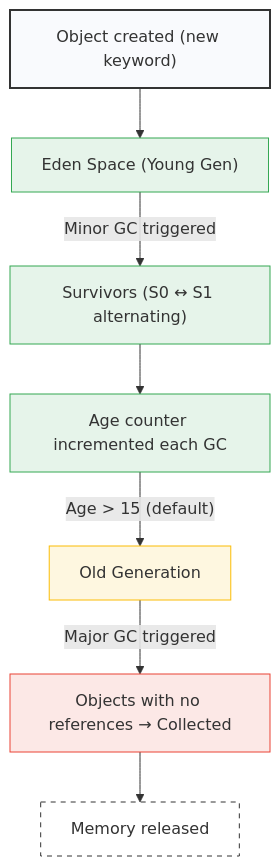
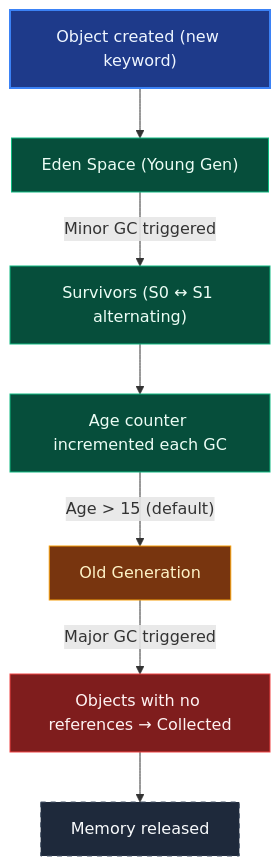
The fourth of 12 diagrams in Java_jdbc_hibernate_SpringBoot/analysis/Java_Analysis.md (SaiTeja301/My_Interview_Preparation), drawn with Mermaid before and after one commit. The commit also changed other lines of this file, not shown here.

Commit message:
style(mermaid): enhance all diagrams for light and dark mode compatibility

````diff
--- a/Java_jdbc_hibernate_SpringBoot/analysis/Java_Analysis.md
+++ b/Java_jdbc_hibernate_SpringBoot/analysis/Java_Analysis.md
@@ -164,17 +184,22 @@
 ```mermaid
 graph TD
     A["Object created (new keyword)"] --> B["Eden Space (Young Gen)"]
     B -->|"Minor GC triggered"| C["Survivors (S0 ↔ S1 alternating)"]
     C --> D["Age counter incremented each GC"]
     D -->|"Age > 15 (default)"| E["Old Generation"]
     E -->|"Major GC triggered"| F["Objects with no references → Collected"]
     F --> G["Memory released"]
 
-    style A fill:#f9fafd,stroke:#333,stroke-width:2px
-    style B fill:#e6f4ea,stroke:#34a853,stroke-width:1px
-    style C fill:#e6f4ea,stroke:#34a853,stroke-width:1px
-    style D fill:#e6f4ea,stroke:#34a853,stroke-width:1px
-    style E fill:#fef7e0,stroke:#fbbc05,stroke-width:1px
-    style F fill:#fce8e6,stroke:#ea4335,stroke-width:1px
-    style G fill:#fff,stroke:#333,stroke-dasharray: 5 5
+    classDef default fill:#1E293B,stroke:#475569,color:#F8FAFC,stroke-width:1px;
+    classDef startNode fill:#1E3A8A,stroke:#3B82F6,color:#EFF6FF,stroke-width:2px;
+    classDef ygNode fill:#064E3B,stroke:#10B981,color:#ECFDF5,stroke-width:1px;
+    classDef ogNode fill:#78350F,stroke:#F59E0B,color:#FEF3C7,stroke-width:1px;
+    classDef gcNode fill:#7F1D1D,stroke:#EF4444,color:#FEF2F2,stroke-width:1px;
+    classDef endNode fill:#1E293B,stroke:#475569,color:#F8FAFC,stroke-dasharray: 5 5;
+
+    class A startNode;
+    class B,C,D ygNode;
+    class E ogNode;
+    class F gcNode;
+    class G endNode;
 ```
````
